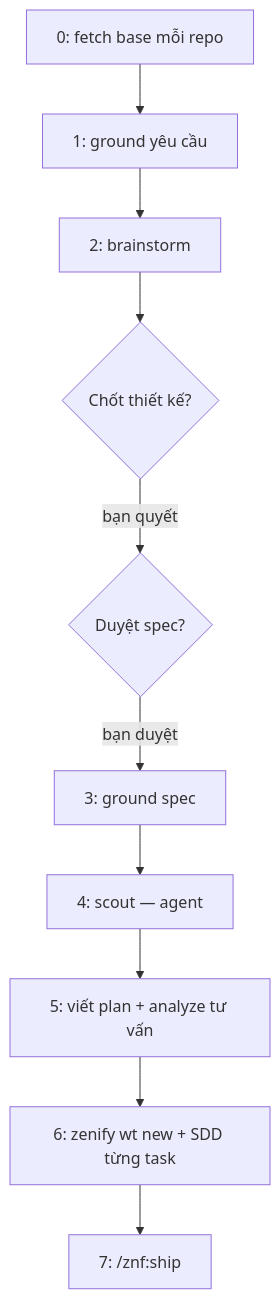
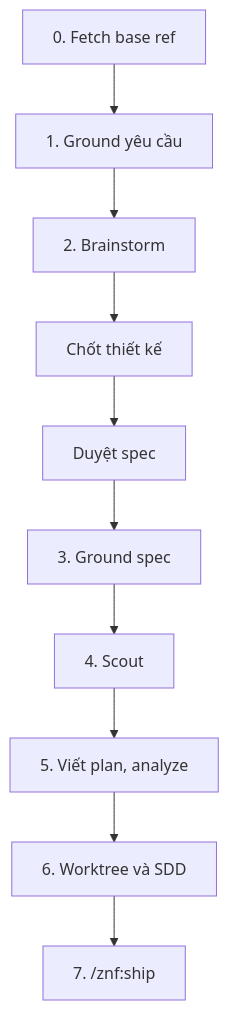
Before and after one commit to ZenifyAIContactCenter/zenify-kit: the diagram in website/workflows/cook.md, drawn with Mermaid. The commit also changed other lines of this file and 16 other files, not shown here.

````diff
--- a/website/workflows/cook.md
+++ b/website/workflows/cook.md
@@ -36,12 +46,14 @@
 ```mermaid
 flowchart TD
-  A[0: fetch base mỗi repo] --> B[1: ground yêu cầu]
-  B --> C[2: brainstorm]
-  C --> D{Chốt thiết kế?}
-  D -- bạn quyết --> E{Duyệt spec?}
-  E -- bạn duyệt --> F[3: ground spec]
-  F --> G[4: scout — agent]
-  G --> H[5: viết plan + analyze tư vấn]
-  H --> I[6: zenify wt new + SDD từng task]
-  I --> J[7: /znf:ship]
+  A["0. Fetch base ref"] --> B["1. Ground yêu cầu"]
+  B --> C["2. Brainstorm"]
+  C --> D["Chốt thiết kế"]
+  D --> E["Duyệt spec"]
+  E --> F["3. Ground spec"]
+  F --> G["4. Scout"]
+  G --> H["5. Viết plan, analyze"]
+  H --> I["6. Worktree và SDD"]
+  I --> J["7. /znf:ship"]
+  class A,B,C,F,G,H,I,J action
+  class D,E user
 ```
````
